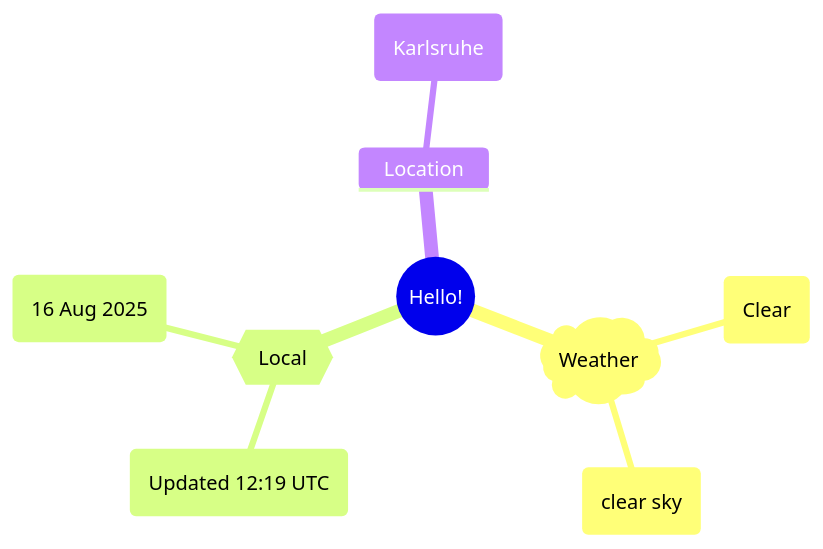
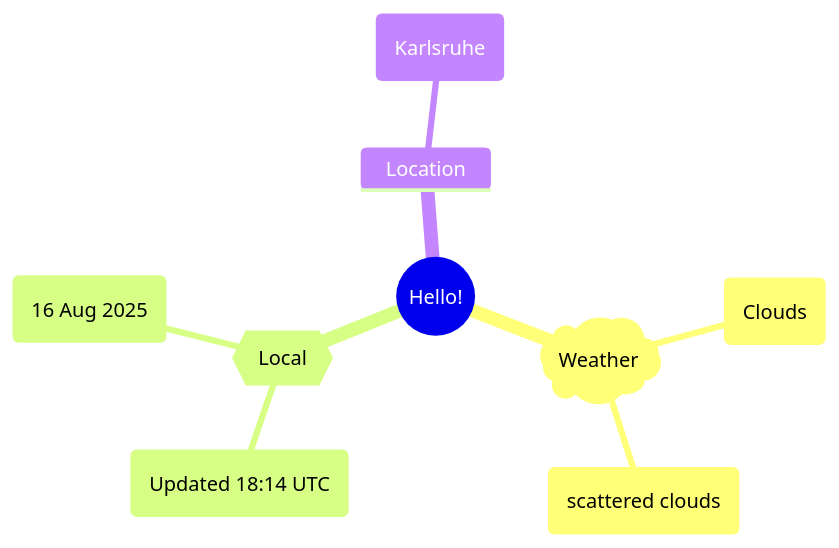
The first of 2 diagrams in README.md (Xosrov/Xosrov), drawn with Mermaid before and after one commit.

Commit message:
[bot] updated images

````diff
--- a/README.md
+++ b/README.md
@@ -3,12 +3,12 @@
 ```mermaid
 mindmap
   root((Hello!))
     )Weather(
-        (Clear)
-        (clear sky)
+        (Clouds)
+        (scattered clouds)
     {{Local}}
-        (Updated 12:19 UTC)
+        (Updated 18:14 UTC)
         (16 Aug 2025)
     Location
         (Karlsruhe)
 ```
````
